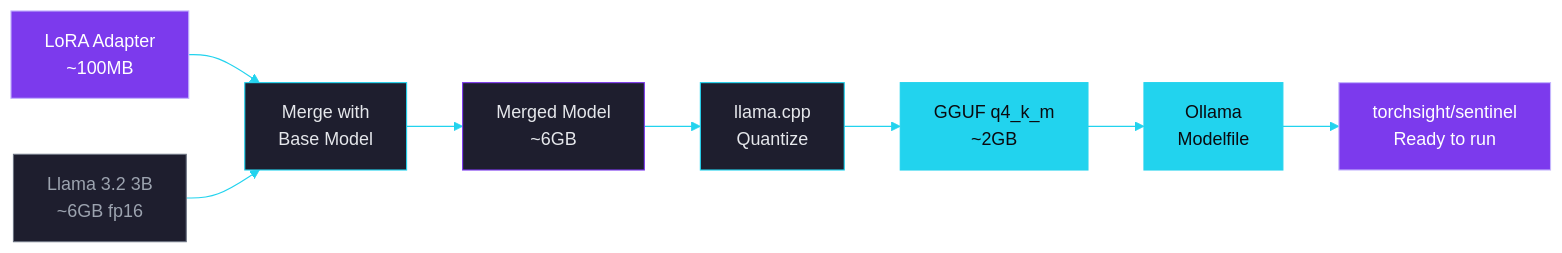
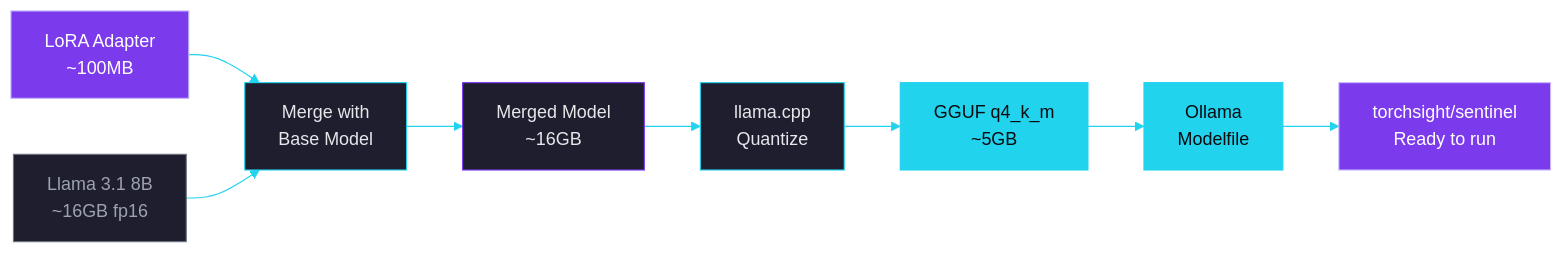
One commit to IvanDobrovolsky/torchsight changed the fifth of 6 diagrams in training/MODEL_CARD.md. Above: the diagram before and after it, drawn with Mermaid. The commit also changed other lines of this file and 3 other files, not shown here.

````diff
--- a/training/MODEL_CARD.md
+++ b/training/MODEL_CARD.md
@@ -303,33 +303,33 @@
 ```mermaid
 %%{init: {'theme': 'base', 'themeVariables': {
   'primaryColor': '#7c3aed',
   'primaryTextColor': '#e5e7eb',
   'primaryBorderColor': '#c4b5fd',
   'lineColor': '#22d3ee',
   'secondaryColor': '#111118',
   'tertiaryColor': '#1e1e2e',
   'background': '#0a0a0f',
   'mainBkg': '#111118',
   'nodeBorder': '#7c3aed',
   'clusterBkg': '#1e1e2e',
   'edgeLabelBackground': '#111118'
 }}}%%
 
 graph LR
     A["LoRA Adapter<br/>~100MB"] --> B["Merge with<br/>Base Model"]
-    C["Llama 3.2 3B<br/>~6GB fp16"] --> B
-    B --> D["Merged Model<br/>~6GB"]
+    C["Llama 3.1 8B<br/>~16GB fp16"] --> B
+    B --> D["Merged Model<br/>~16GB"]
     D --> E["llama.cpp<br/>Quantize"]
-    E --> F["GGUF q4_k_m<br/>~2GB"]
+    E --> F["GGUF q4_k_m<br/>~5GB"]
     F --> G["Ollama<br/>Modelfile"]
     G --> H["torchsight/sentinel<br/>Ready to run"]
 
     style A fill:#7c3aed,stroke:#c4b5fd,color:#fff
     style C fill:#1e1e2e,stroke:#6b7280,color:#9ca3af
     style B fill:#1e1e2e,stroke:#22d3ee,color:#e5e7eb
     style D fill:#1e1e2e,stroke:#7c3aed,color:#e5e7eb
     style E fill:#1e1e2e,stroke:#22d3ee,color:#e5e7eb
     style F fill:#22d3ee,stroke:#22d3ee,color:#0a0a0f
     style G fill:#22d3ee,stroke:#22d3ee,color:#0a0a0f
     style H fill:#7c3aed,stroke:#c4b5fd,color:#fff
 ```
````
